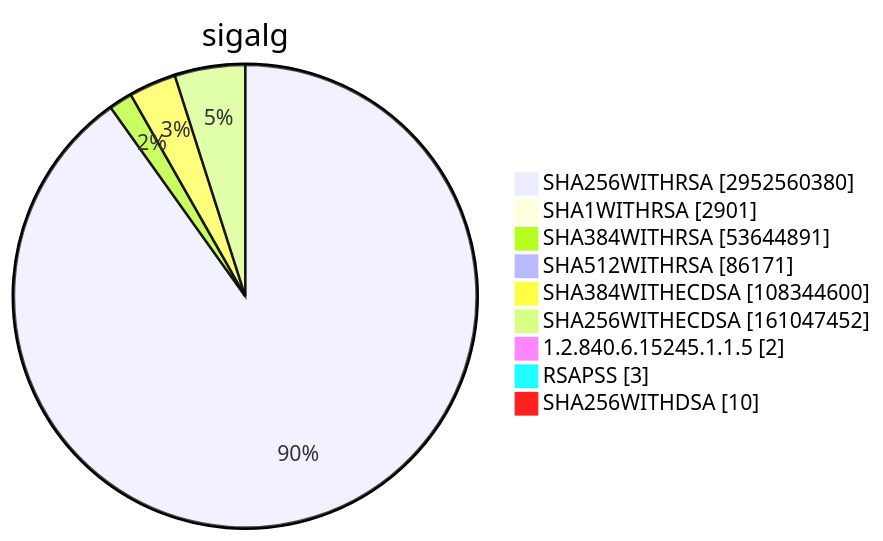
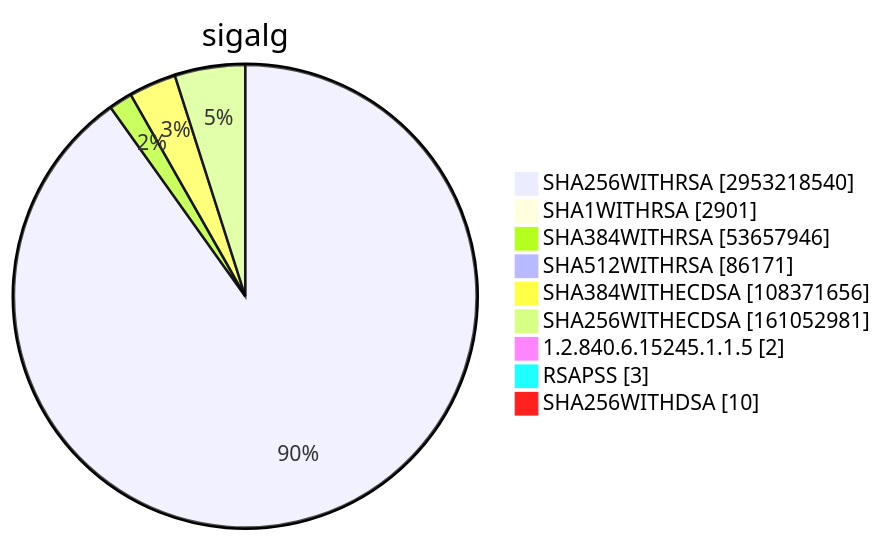
Diagram 15 of 15 in TOTAL/README.md (christiankrug/ctmonitor_visualization), drawn with Mermaid before and after one commit. The commit also changed other lines of this file, not shown here.

````diff
--- a/TOTAL/README.md
+++ b/TOTAL/README.md
@@ -6207,13 +6207,13 @@
 ```mermaid
 pie showData
 title sigalg
-"SHA256WITHRSA" :2952560380
+"SHA256WITHRSA" :2953218540
 "SHA1WITHRSA" :2901
-"SHA384WITHRSA" :53644891
+"SHA384WITHRSA" :53657946
 "SHA512WITHRSA" :86171
-"SHA384WITHECDSA" :108344600
-"SHA256WITHECDSA" :161047452
+"SHA384WITHECDSA" :108371656
+"SHA256WITHECDSA" :161052981
 "1.2.840.6.15245.1.1.5" :2
 "RSAPSS" :3
 "SHA256WITHDSA" :10
 ```
````
